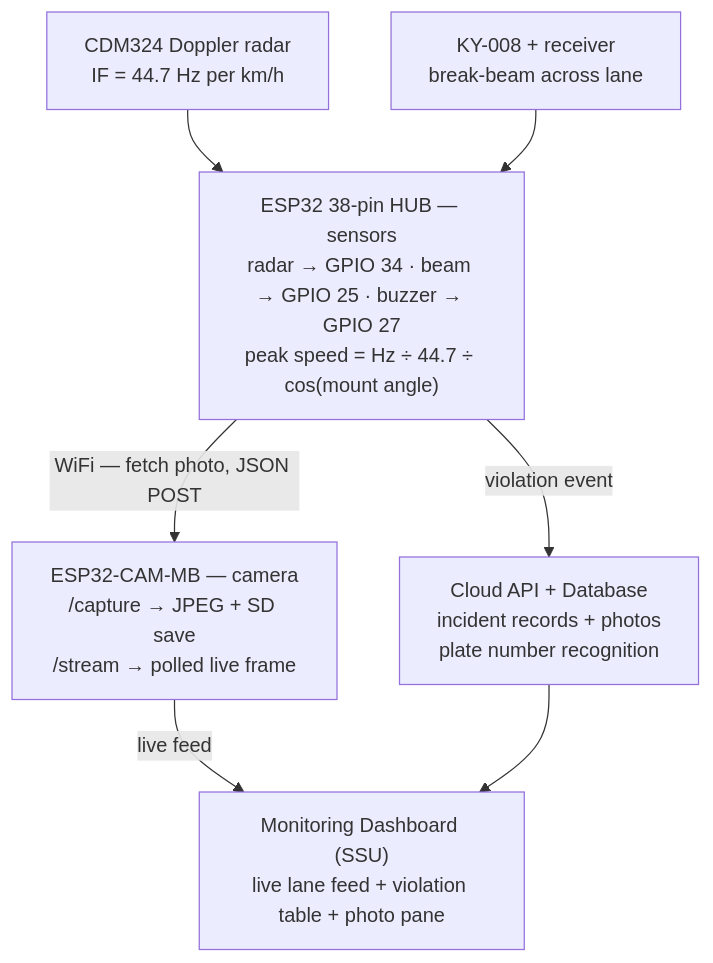
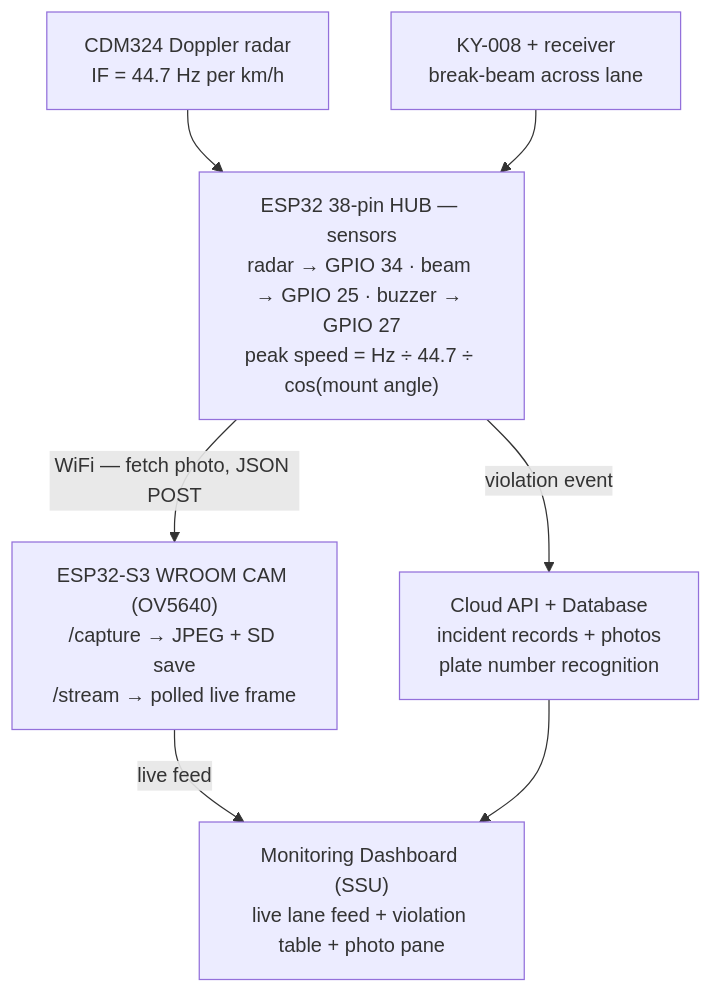
The diagram in README.md (qppd/safeway), drawn with Mermaid before and after one commit. The commit also changed other lines of this file and 8 other files, not shown here.

First line of the commit message:
Swap camera board: ESP32-CAM-MB -> ESP32-S3 WROOM N16R8 CAM + OV5640

````diff
--- a/README.md
+++ b/README.md
@@ -79,16 +79,16 @@
 ```mermaid
 flowchart TB
     RADAR["CDM324 Doppler radar<br/>IF = 44.7 Hz per km/h"]
     BEAM["KY-008 + receiver<br/>break-beam across lane"]
     HUB["ESP32 38-pin HUB — sensors<br/>radar → GPIO 34 · beam → GPIO 25 · buzzer → GPIO 27<br/>peak speed = Hz ÷ 44.7 ÷ cos(mount angle)"]
-    CAM["ESP32-CAM-MB — camera<br/>/capture → JPEG + SD save<br/>/stream → polled live frame"]
+    CAM["ESP32-S3 WROOM CAM (OV5640)<br/>/capture → JPEG + SD save<br/>/stream → polled live frame"]
     API["Cloud API + Database<br/>incident records + photos<br/>plate number recognition"]
     DASH["Monitoring Dashboard (SSU)<br/>live lane feed + violation table + photo pane"]
 
     RADAR --> HUB
     BEAM --> HUB
     HUB -- "WiFi — fetch photo, JSON POST" --> CAM
     HUB -- "violation event" --> API
     CAM -- "live feed" --> DASH
     API --> DASH
 ```
````
